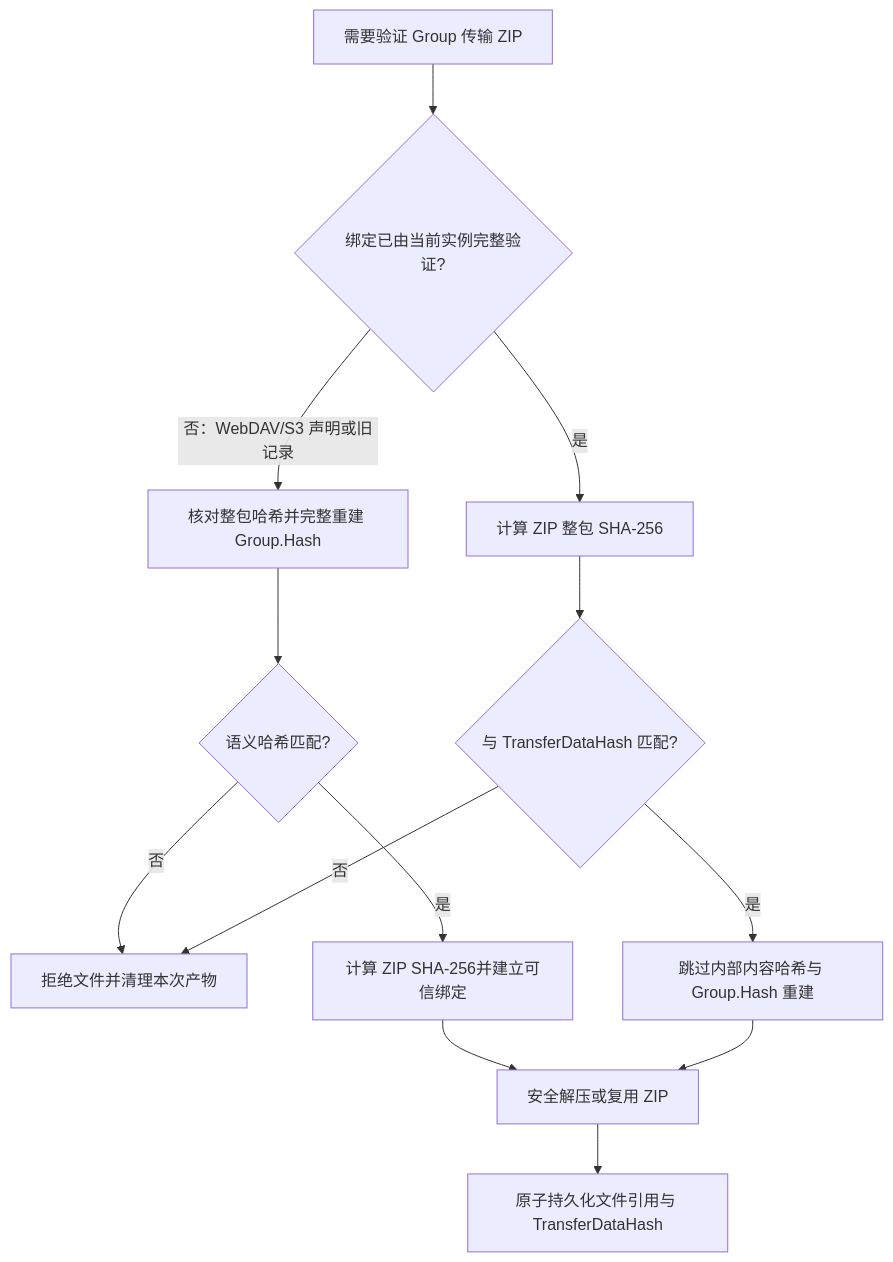
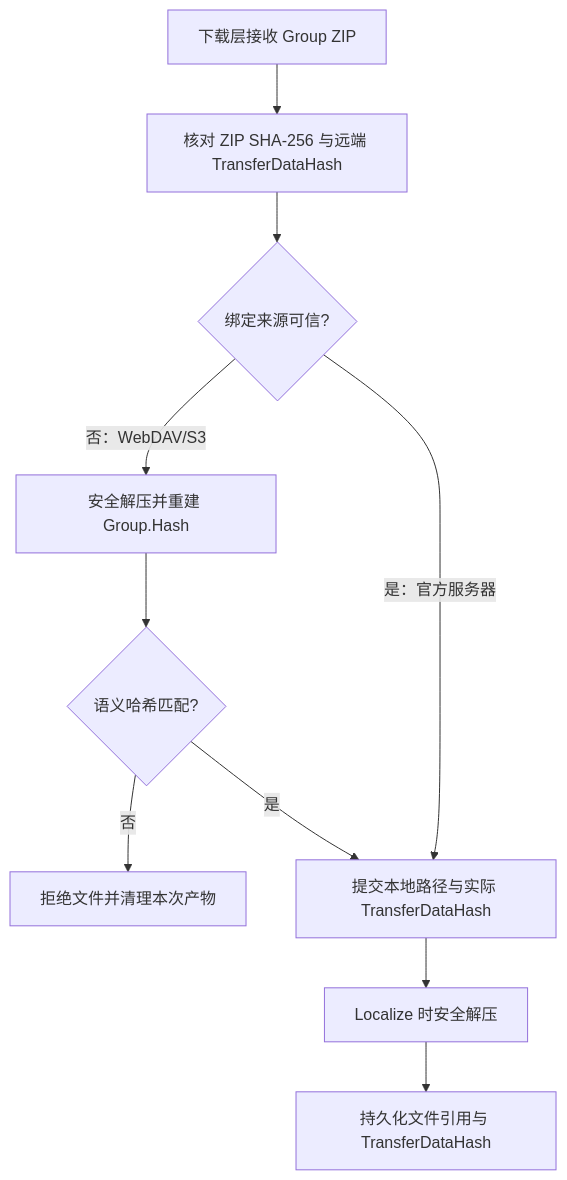
One commit to Jeric-X/SyncClipboard changed the diagram in docs/ai_design/Transfer-Data-Hash-Design.md. Above: the diagram before and after it, drawn with Mermaid. The commit also changed other lines of this file and 12 other files, not shown here.

````diff
--- a/docs/ai_design/Transfer-Data-Hash-Design.md
+++ b/docs/ai_design/Transfer-Data-Hash-Design.md
@@ -178,15 +178,12 @@
 ```mermaid
 flowchart TD
-    A["需要验证 Group 传输 ZIP"] --> B{"绑定已由当前实例完整验证?"}
-    B -- "否：WebDAV/S3 声明或旧记录" --> C["核对整包哈希并完整重建 Group.Hash"]
-    C --> D{"语义哈希匹配?"}
-    D -- 否 --> E["拒绝文件并清理本次产物"]
-    D -- 是 --> F["计算 ZIP SHA-256并建立可信绑定"]
-    B -- 是 --> G["计算 ZIP 整包 SHA-256"]
-    G --> H{"与 TransferDataHash 匹配?"}
-    H -- 否 --> E
-    H -- 是 --> I["跳过内部内容哈希与 Group.Hash 重建"]
-    F --> J["安全解压或复用 ZIP"]
-    I --> J
-    J --> K["原子持久化文件引用与 TransferDataHash"]
+    A["下载层接收 Group ZIP"] --> B["核对 ZIP SHA-256 与远端 TransferDataHash"]
+    B --> C{"绑定来源可信?"}
+    C -- "否：WebDAV/S3" --> D["安全解压并重建 Group.Hash"]
+    D --> E{"语义哈希匹配?"}
+    E -- 否 --> F["拒绝文件并清理本次产物"]
+    E -- 是 --> G["提交本地路径与实际 TransferDataHash"]
+    C -- "是：官方服务器" --> G
+    G --> H["Localize 时安全解压"]
+    H --> I["持久化文件引用与 TransferDataHash"]
 ```
````
